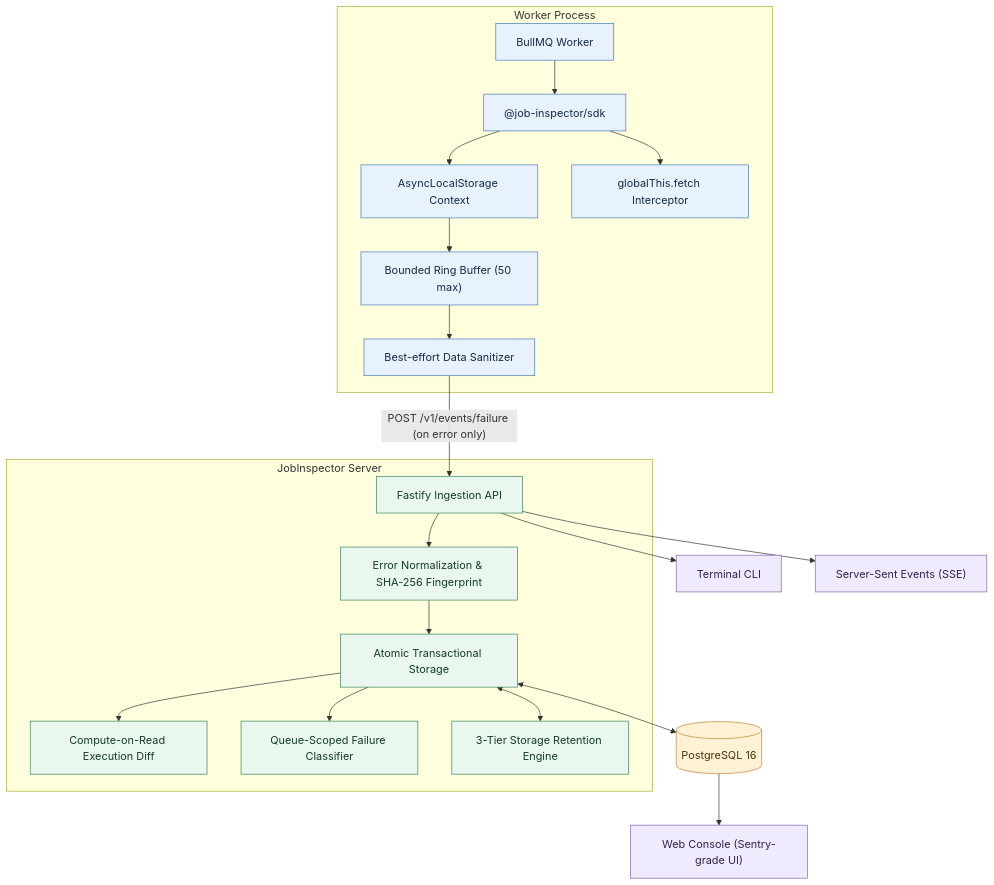
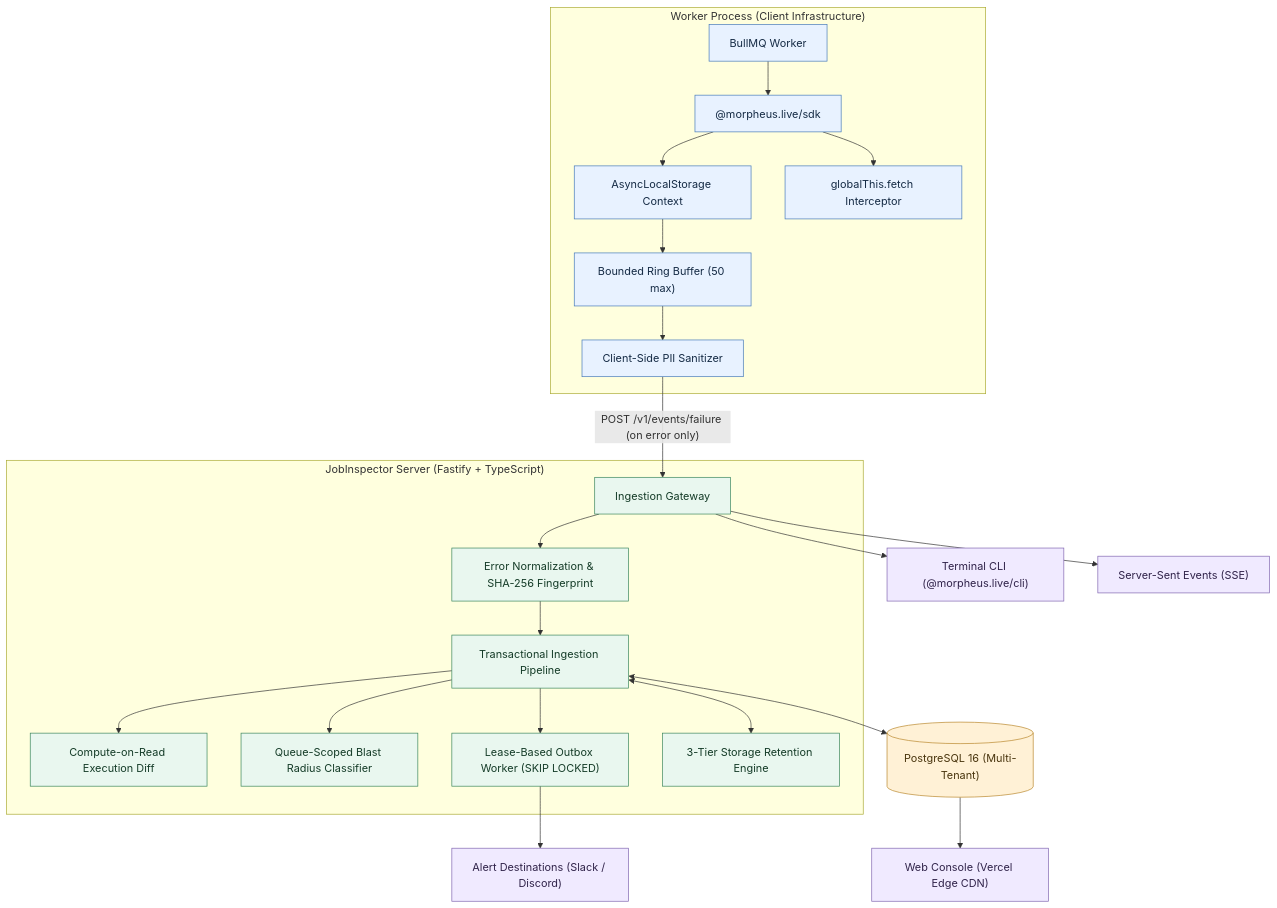
One commit to byte-curious/JobFailure_Inspector changed the diagram in README.md. Above: the diagram before and after it, drawn with Mermaid. The commit also changed other lines of this file and 2 other files, not shown here.

Commit message:
feat: update README.md and also change the name from @job-inspector to @morpheus.live in landing page

````diff
--- a/README.md
+++ b/README.md
@@ -102,53 +87,57 @@
 ```mermaid
 flowchart TB
-    subgraph Worker["Worker Process"]
+    subgraph Worker["Worker Process (Client Infrastructure)"]
         BullMQ["BullMQ Worker"]
-        SDK["@job-inspector/sdk"]
+        SDK["@morpheus.live/sdk"]
         Context["AsyncLocalStorage Context"]
         Buffer["Bounded Ring Buffer (50 max)"]
         HTTP["globalThis.fetch Interceptor"]
-        Sanitize["Best-effort Data Sanitizer"]
+        Sanitize["Client-Side PII Sanitizer"]
 
         BullMQ --> SDK
         SDK --> Context
         Context --> Buffer
         SDK --> HTTP
         Buffer --> Sanitize
     end
 
-    subgraph Backend["JobInspector Server"]
-        API["Fastify Ingestion API"]
+    subgraph Backend["JobInspector Server (Fastify + TypeScript)"]
+        API["Ingestion Gateway"]
         Normalize["Error Normalization & SHA-256 Fingerprint"]
-        Store["Atomic Transactional Storage"]
+        Store["Transactional Ingestion Pipeline"]
         Compare["Compute-on-Read Execution Diff"]
-        Classify["Queue-Scoped Failure Classifier"]
+        Classify["Queue-Scoped Blast Radius Classifier"]
+        OutboxWorker["Lease-Based Outbox Worker (SKIP LOCKED)"]
         Retention["3-Tier Storage Retention Engine"]
 
         API --> Normalize
         Normalize --> Store
         Store --> Compare
         Store --> Classify
+        Store --> OutboxWorker
         Store <--> Retention
     end
 
-    DB[("PostgreSQL 16")]
-    UI["Web Console (Sentry-grade UI)"]
-    CLI["Terminal CLI"]
+    DB[("PostgreSQL 16 (Multi-Tenant)")]
+    UI["Web Console (Vercel Edge CDN)"]
+    CLI["Terminal CLI (@morpheus.live/cli)"]
     Stream["Server-Sent Events (SSE)"]
+    Alerts["Alert Destinations (Slack / Discord)"]
 
     Sanitize -->|"POST /v1/events/failure (on error only)"| API
     Store <--> DB
+    OutboxWorker --> Alerts
     DB --> UI
     API --> CLI
     API --> Stream
 
     classDef worker fill:#e8f2ff,stroke:#4478b8,color:#152b45
     classDef backend fill:#e9f7ef,stroke:#38845b,color:#153c28
     classDef storage fill:#fff1d6,stroke:#b8872b,color:#49350e
     classDef interface fill:#f0eaff,stroke:#8065b0,color:#30234a
 
     class BullMQ,SDK,Context,Buffer,HTTP,Sanitize worker
-    class API,Normalize,Store,Compare,Classify,Retention backend
+    class API,Normalize,Store,Compare,Classify,OutboxWorker,Retention backend
     class DB storage
-    class UI,CLI,Stream interface
+    class UI,CLI,Stream,Alerts interface
 ```
````
